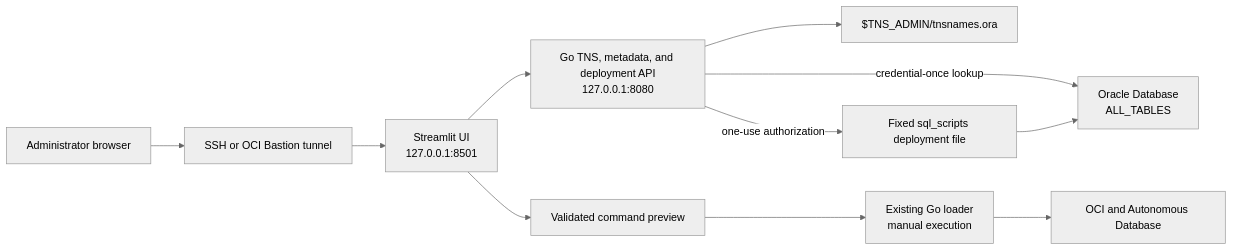
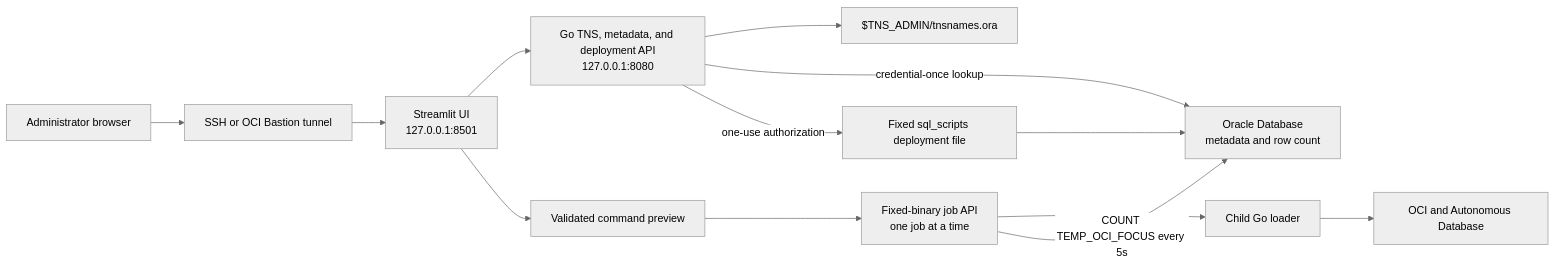
Before and after one commit to eugsim1/focus-loader-report-upload: the diagram in streamlit-ui/README.md, drawn with Mermaid (neutral theme). The commit also changed other lines of this file and 22 other files, not shown here.

Commit message:
Add monitored Streamlit loader execution

````diff
--- a/streamlit-ui/README.md
+++ b/streamlit-ui/README.md
@@ -55,19 +63,21 @@
 ```mermaid
 flowchart LR
     Browser["Administrator browser"]
     Tunnel["SSH or OCI Bastion tunnel"]
     UI["Streamlit UI<br/>127.0.0.1:8501"]
     API["Go TNS, metadata, and deployment API<br/>127.0.0.1:8080"]
     TNS["$TNS_ADMIN/tnsnames.ora"]
     Builder["Validated command preview"]
-    Loader["Existing Go loader<br/>manual execution"]
-    DB["Oracle Database<br/>ALL_TABLES"]
+    Execute["Fixed-binary job API<br/>one job at a time"]
+    Loader["Child Go loader"]
+    DB["Oracle Database<br/>metadata and row count"]
     Script["Fixed sql_scripts deployment file"]
     OCI["OCI and Autonomous Database"]
 
     Browser --> Tunnel --> UI
     UI --> API --> TNS
     API -->|"credential-once lookup"| DB
     API -->|"one-use authorization"| Script --> DB
-    UI --> Builder --> Loader --> OCI
+    UI --> Builder --> Execute --> Loader --> OCI
+    Execute -->|"COUNT TEMP_OCI_FOCUS every 5s"| DB
 ```
````
